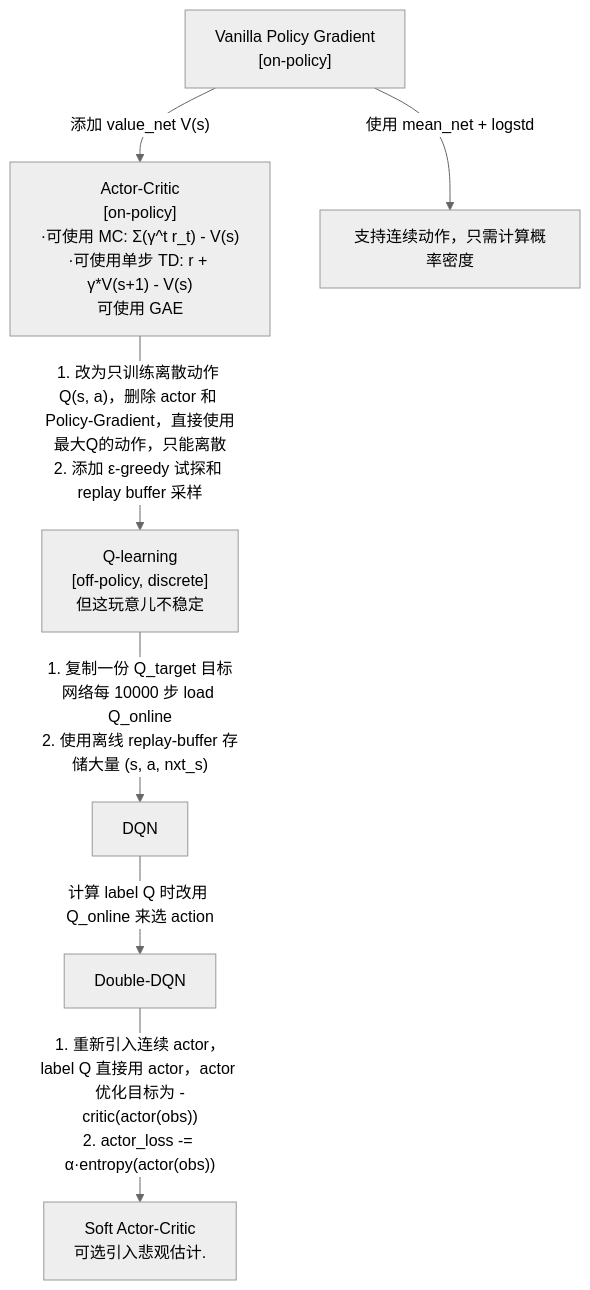
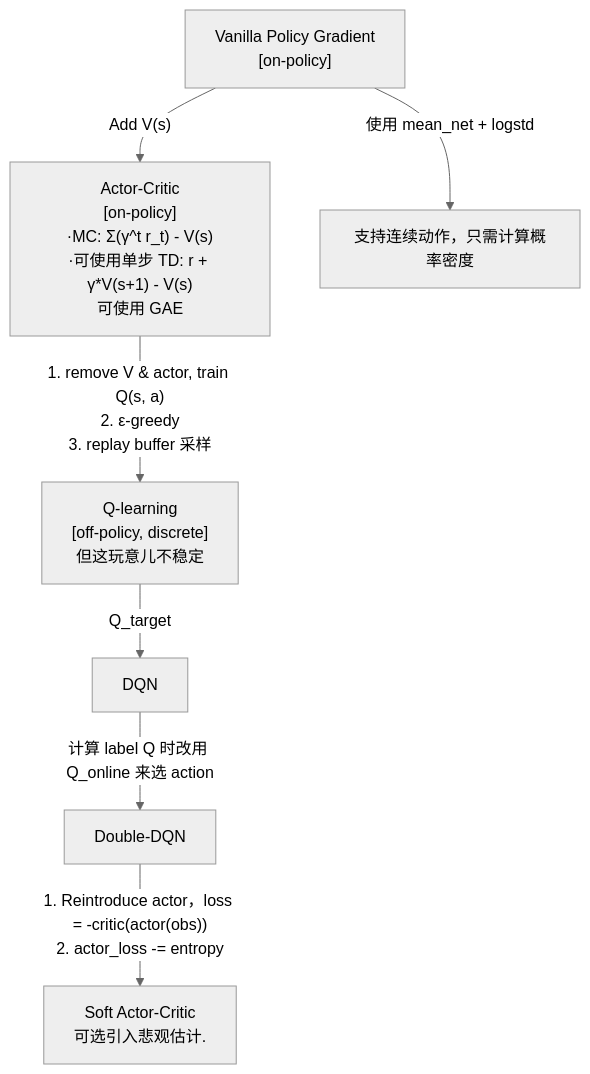
Before and after one commit to julyfun/how-to: the diagram in 技术学习/285/285-0.md, drawn with Mermaid (neutral theme). The commit also changed other lines of this file, not shown here.

Commit message:
M 技术学习/285/285-0.md

````diff
--- a/技术学习/285/285-0.md
+++ b/技术学习/285/285-0.md
@@ -11,10 +11,10 @@
 ```mermaid
 flowchart TD
-    PG["Vanilla Policy Gradient<br>[on-policy]"] -->|"添加 value_net V(s)"| AC
-    AC["Actor-Critic<br>[on-policy]<br>·可使用 MC: Σ(γ^t r_t) - V(s)<br>·可使用单步 TD: r + γ*V(s+1) - V(s)<br>可使用 GAE"]
+    PG["Vanilla Policy Gradient<br>[on-policy]"] -->|"Add V(s)"| AC
+    AC["Actor-Critic<br>[on-policy]<br>·MC: Σ(γ^t r_t) - V(s)<br>·可使用单步 TD: r + γ*V(s+1) - V(s)<br>可使用 GAE"]
     PG -->|使用 mean_net + logstd| cont[支持连续动作，只需计算概率密度]
-    AC -->|"1. 改为只训练离散动作 Q(s, a)，删除 actor 和 Policy-Gradient，直接使用最大Q的动作，只能离散<br>2. 添加 ε-greedy 试探和 replay buffer 采样"| Q-learning["Q-learning<br>[off-policy, discrete]<br>但这玩意儿不稳定"]
-    Q-learning -->|"1. 复制一份 Q_target 目标网络每 10000 步 load Q_online<br>2. 使用离线 replay-buffer 存储大量 (s, a, nxt_s)"| DQN
+    AC -->|"1. remove V & actor, train Q(s, a)<br>2. ε-greedy<br>3. replay buffer 采样"| Q-learning["Q-learning<br>[off-policy, discrete]<br>但这玩意儿不稳定"]
+    Q-learning -->|"Q_target"| DQN
     DQN -->|"计算 label Q 时改用 Q_online 来选 action"| Double-DQN
-    Double-DQN -->|"1. 重新引入连续 actor，label Q 直接用 actor，actor 优化目标为 -critic(actor(obs))<br>2. actor_loss -= α·entropy(actor(obs))"| SAC["Soft Actor-Critic<br>可选引入悲观估计."]
+    Double-DQN -->|"1. Reintroduce actor，loss = -critic(actor(obs))<br>2. actor_loss -= entropy"| SAC["Soft Actor-Critic<br>可选引入悲观估计."]
 ```
````
